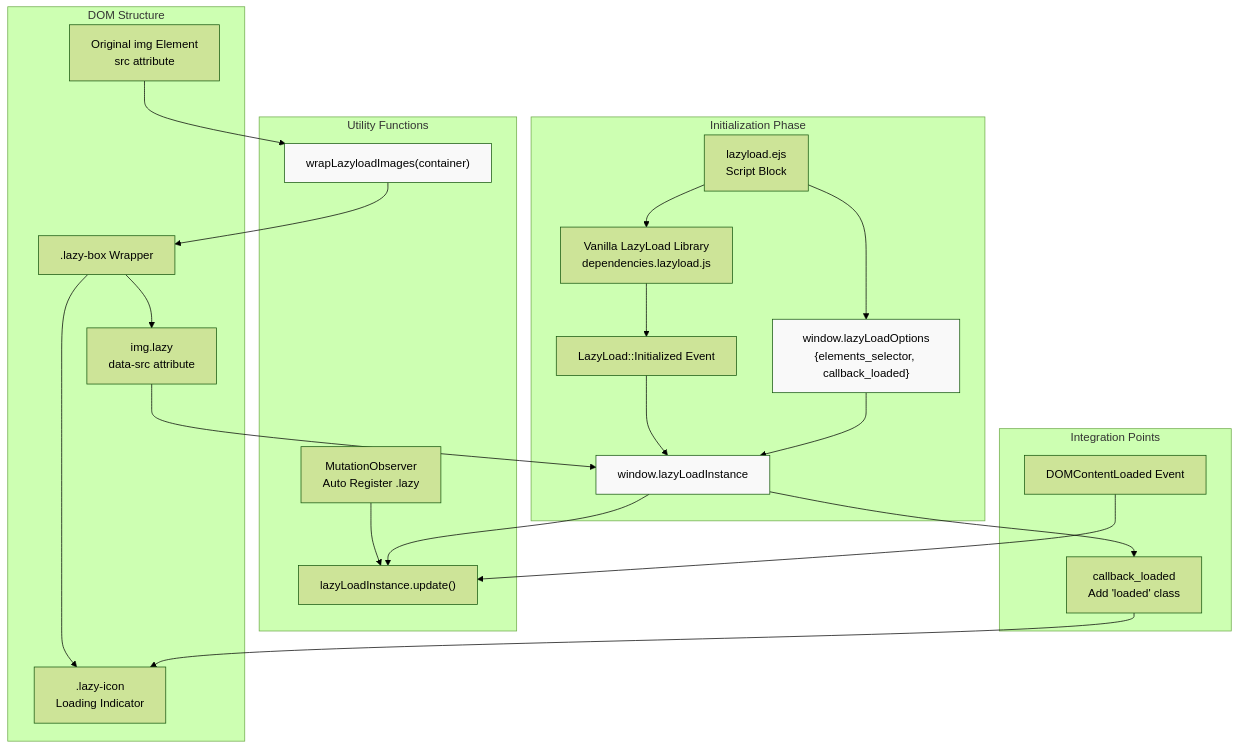
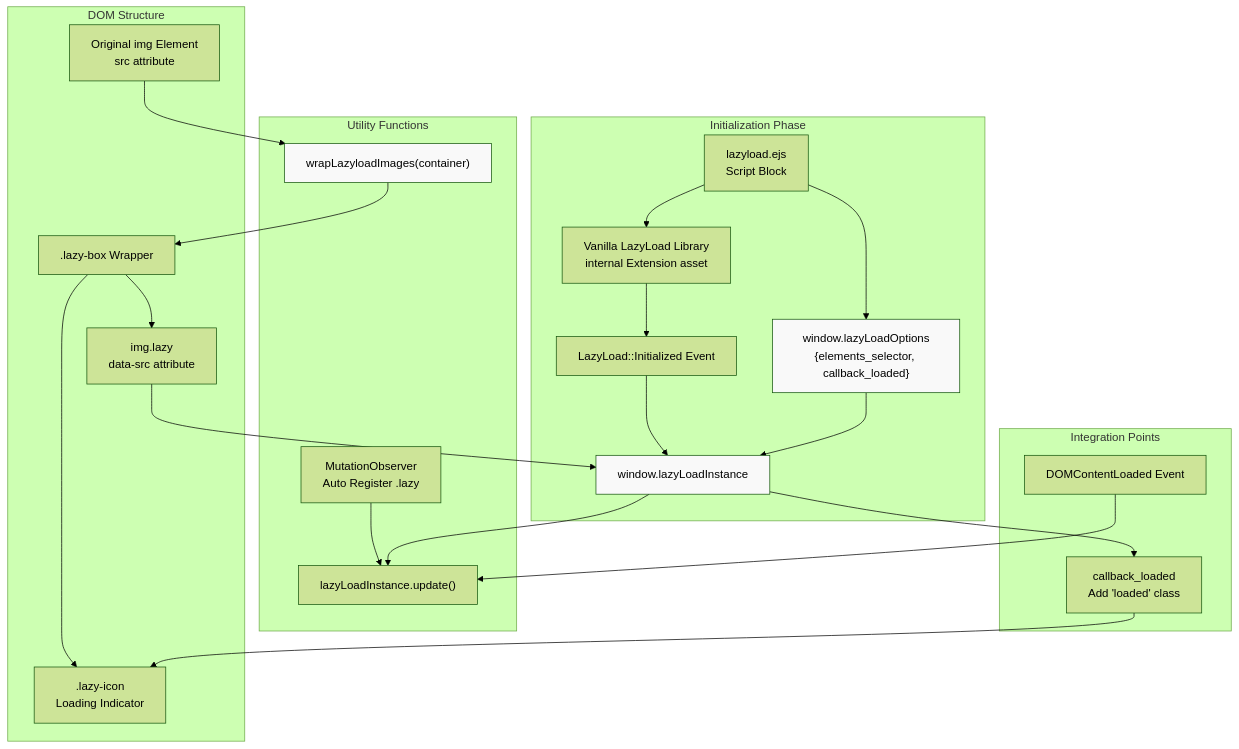
The first of 4 diagrams in docs/knowledge/07-外部集成/lazy-loading-images.md (xaoxuu/hexo-theme-stellar), drawn with Mermaid (forest theme) before and after one commit. The commit also changed other lines of this file and 124 other files, not shown here.

````diff
--- a/docs/knowledge/07-外部集成/lazy-loading-images.md
+++ b/docs/knowledge/07-外部集成/lazy-loading-images.md
@@ -52,52 +52,52 @@
 ```mermaid
 graph TB
     subgraph "Initialization Phase"
         SCRIPT["lazyload.ejs<br/>Script Block"]
-        CDN["Vanilla LazyLoad Library<br/>dependencies.lazyload.js"]
+        CDN["Vanilla LazyLoad Library<br/>internal Extension asset"]
         OPTIONS["window.lazyLoadOptions<br/>{elements_selector, callback_loaded}"]
         EVENT["LazyLoad::Initialized Event"]
         INSTANCE["window.lazyLoadInstance"]
     end
     
     subgraph "DOM Structure"
         IMG["Original img Element<br/>src attribute"]
         LAZYBOX[".lazy-box Wrapper"]
         LAZYIMG["img.lazy<br/>data-src attribute"]
         LAZYICON[".lazy-icon<br/>Loading Indicator"]
     end
     
     subgraph "Utility Functions"
         WRAP["wrapLazyloadImages(container)"]
         MUTATION["MutationObserver<br/>Auto Register .lazy"]
         UPDATE["lazyLoadInstance.update()"]
     end
     
     subgraph "Integration Points"
         DOMREADY["DOMContentLoaded Event"]
         CALLBACK["callback_loaded<br/>Add 'loaded' class"]
     end
     
     SCRIPT --> CDN
     SCRIPT --> OPTIONS
     CDN --> EVENT
     EVENT --> INSTANCE
     
     IMG --> WRAP
     WRAP --> LAZYBOX
     LAZYBOX --> LAZYIMG
     LAZYBOX --> LAZYICON
     MUTATION --> UPDATE
     
     OPTIONS --> INSTANCE
     INSTANCE --> UPDATE
     
     DOMREADY --> UPDATE
     
     LAZYIMG --> INSTANCE
     INSTANCE --> CALLBACK
     CALLBACK --> LAZYICON
     
     style INSTANCE fill:#f9f9f9
     style WRAP fill:#f9f9f9
     style OPTIONS fill:#f9f9f9
 ```
````
